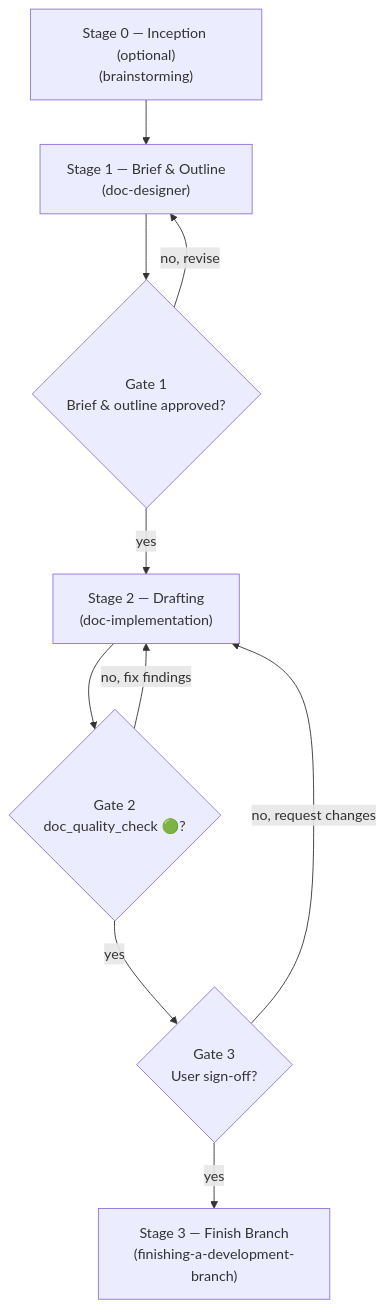
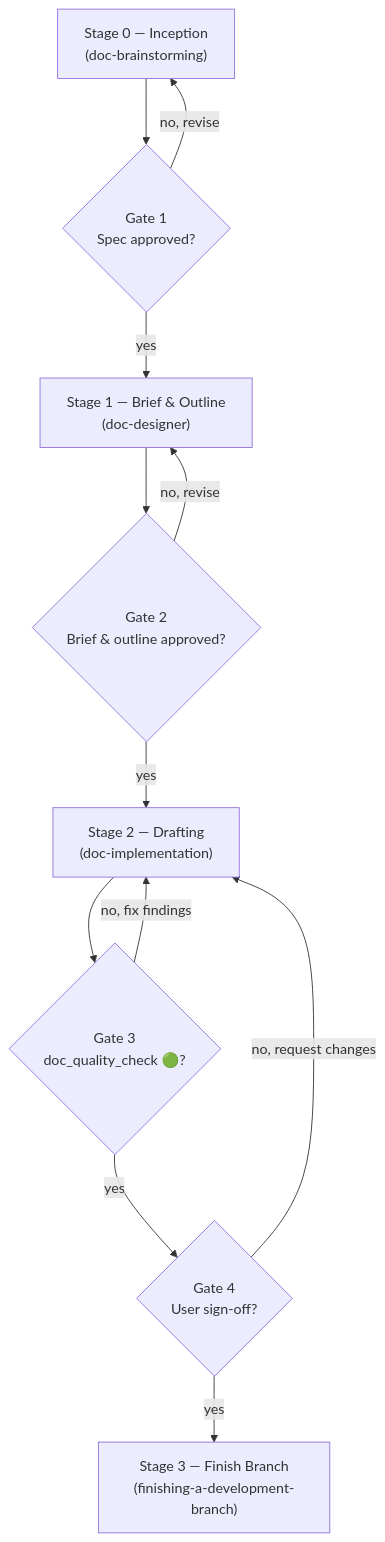
Before and after one commit to DanhDue/ai-agent-tools: the diagram in skills/doc-lifecycle/SKILL.md, drawn with Mermaid. The commit also changed other lines of this file and 2 other files, not shown here.

First line of the commit message:
[BRAINSTORMING_SPLIT] Make doc-lifecycle Stage 0 mandatory and renumber the gates

````diff
--- a/skills/doc-lifecycle/SKILL.md
+++ b/skills/doc-lifecycle/SKILL.md
@@ -40,20 +40,23 @@
 ```mermaid
 flowchart TD
-    S0["Stage 0 — Inception (optional)<br/>(brainstorming)"]
+    S0["Stage 0 — Inception<br/>(doc-brainstorming)"]
+    G1{"Gate 1<br/>Spec approved?"}
     S1["Stage 1 — Brief &amp; Outline<br/>(doc-designer)"]
-    G1{"Gate 1<br/>Brief &amp; outline approved?"}
+    G2{"Gate 2<br/>Brief &amp; outline approved?"}
     S2["Stage 2 — Drafting<br/>(doc-implementation)"]
-    G2{"Gate 2<br/>doc_quality_check 🟢?"}
-    G3{"Gate 3<br/>User sign-off?"}
+    G3{"Gate 3<br/>doc_quality_check 🟢?"}
+    G4{"Gate 4<br/>User sign-off?"}
     S3["Stage 3 — Finish Branch<br/>(finishing-a-development-branch)"]
 
-    S0 --> S1
-    S1 --> G1
-    G1 -->|no, revise| S1
-    G1 -->|yes| S2
-    S2 --> G2
-    G2 -->|no, fix findings| S2
-    G2 -->|yes| G3
-    G3 -->|no, request changes| S2
-    G3 -->|yes| S3
+    S0 --> G1
+    G1 -->|no, revise| S0
+    G1 -->|yes| S1
+    S1 --> G2
+    G2 -->|no, revise| S1
+    G2 -->|yes| S2
+    S2 --> G3
+    G3 -->|no, fix findings| S2
+    G3 -->|yes| G4
+    G4 -->|no, request changes| S2
+    G4 -->|yes| S3
 ```
````
